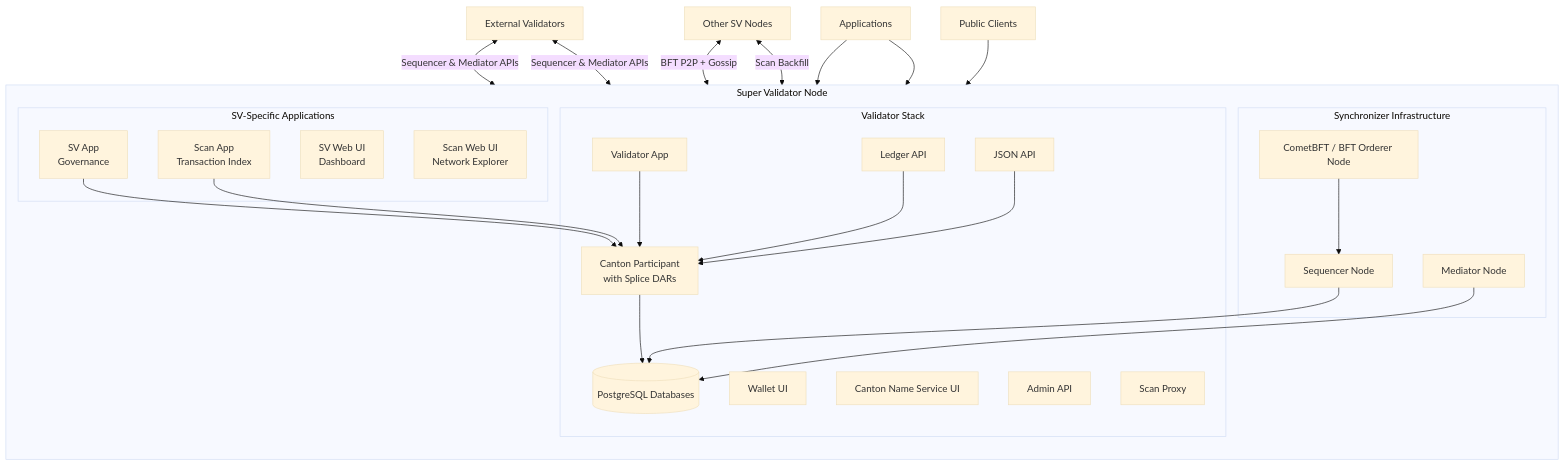
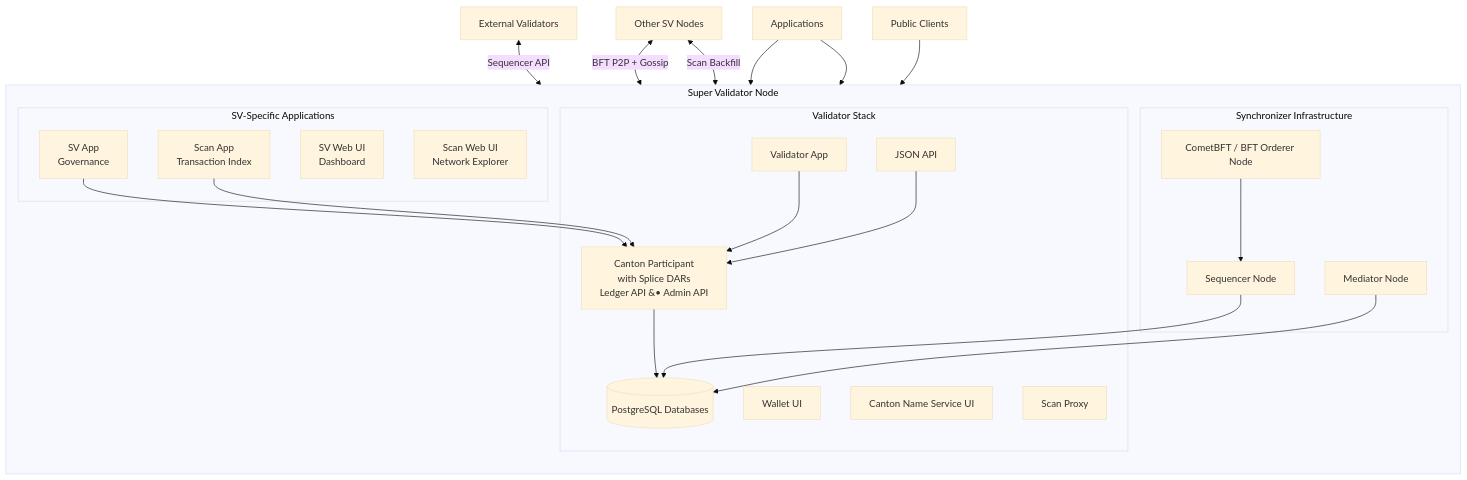
Before and after one commit to canton-network/cf-docs: the diagram in docs-main/overview/reference/super-validator-components.mdx, drawn with Mermaid (base theme). The commit also changed other lines of this file and 1 other file, not shown here.

Commit message:
Apply week 9 review lessons to component reference pages
- Fix diagrams: remove direct validator-to-mediator connections (all
  communication flows through sequencers)
- Fix diagrams: move Ledger API and Admin API inside Canton Participant
  (they are part of the participant, not separate services)
- Clarify JSON API is integrated into participant in Canton 3.x
- Add gRPC recommendation for high-throughput backends
- Add PQS SQL join projections and historical audit capabilities
- Mention DAR upload via Ledger API (not just Admin API)
- Fix synchronizer connection label to show "via sequencer(s)"

````diff
--- a/docs-main/overview/reference/super-validator-components.mdx
+++ b/docs-main/overview/reference/super-validator-components.mdx
@@ -12,49 +12,45 @@
 ```mermaid
 flowchart TB
     subgraph SV["Super Validator Node"]
         direction TB
 
         subgraph SVApps["SV-Specific Applications"]
             SVAPP[SV App<br>Governance]
             SVUI[SV Web UI<br>Dashboard]
             SCANAPP[Scan App<br>Transaction Index]
             SCANUI[Scan Web UI<br>Network Explorer]
         end
 
         subgraph SyncInfra["Synchronizer Infrastructure"]
             SEQ[Sequencer Node]
             MED[Mediator Node]
             BFT[CometBFT / BFT Orderer Node]
         end
 
         subgraph ValStack["Validator Stack"]
             VALAPP[Validator App]
             WALLET[Wallet UI]
             CNSUI[Canton Name Service UI]
-            PART[Canton Participant<br>with Splice DARs]
-            LAPI[Ledger API]
+            PART[Canton Participant<br>with Splice DARs<br>Ledger API &#8226; Admin API]
             JAPI[JSON API]
-            ADMINAPI[Admin API]
             SCANPROXY[Scan Proxy]
             DB[(PostgreSQL Databases)]
         end
 
         SVAPP --> PART
         SCANAPP --> PART
         VALAPP --> PART
         PART --> DB
         SEQ --> DB
         MED --> DB
         BFT --> SEQ
-        LAPI --> PART
         JAPI --> PART
     end
 
-    ExtVal[External Validators] <-->|Sequencer & Mediator APIs| SEQ
-    ExtVal <-->|Sequencer & Mediator APIs| MED
+    ExtVal[External Validators] <-->|Sequencer API| SEQ
     OtherSV[Other SV Nodes] <-->|BFT P2P + Gossip| BFT
     OtherSV <-->|Scan Backfill| SCANAPP
-    Apps[Applications] --> LAPI
+    Apps[Applications] --> PART
     Apps --> JAPI
     Public[Public Clients] --> SCANAPP
 ```
````
